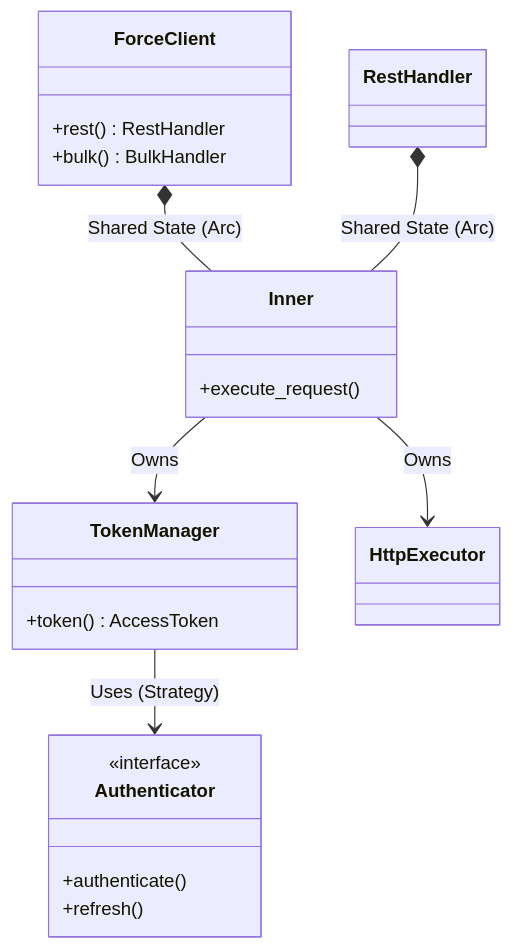
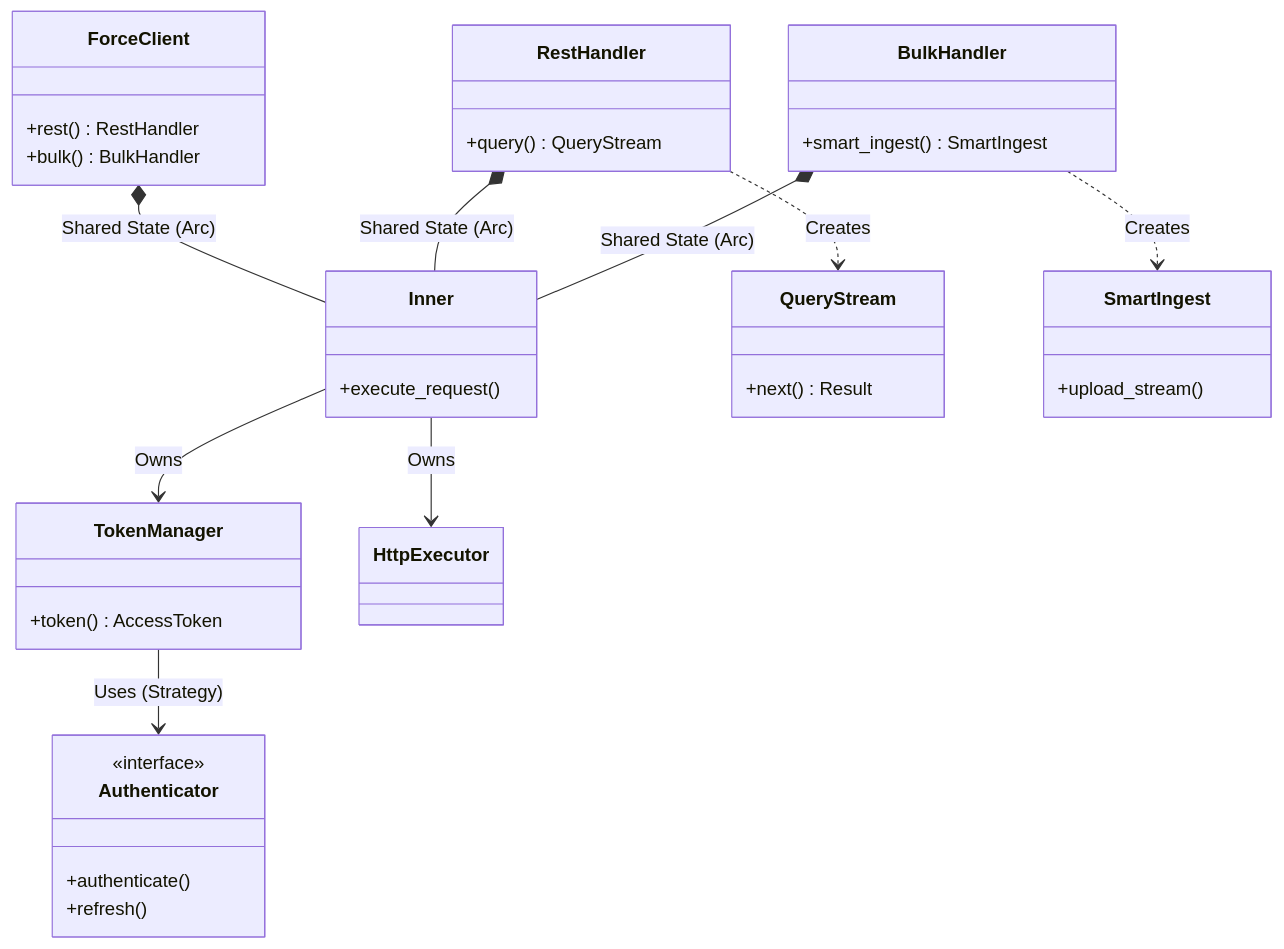
The third of 4 diagrams in docs/architecture.md (madmax983/force-rs), drawn with Mermaid before and after one commit. The commit also changed other lines of this file and 5 other files, not shown here.

````diff
--- a/docs/architecture.md
+++ b/docs/architecture.md
@@ -47,25 +47,39 @@
 ```mermaid
 classDiagram
   class ForceClient {
     +rest() RestHandler
     +bulk() BulkHandler
   }
   class Inner {
     +execute_request()
   }
   class TokenManager {
     +token() AccessToken
   }
   class Authenticator {
     <<interface>>
     +authenticate()
     +refresh()
   }
-  class RestHandler
+  class RestHandler {
+    +query() QueryStream
+  }
+  class BulkHandler {
+    +smart_ingest() SmartIngest
+  }
+  class QueryStream {
+    +next() Result<Record>
+  }
+  class SmartIngest {
+    +upload_stream()
+  }
 
   ForceClient *-- Inner : Shared State (Arc)
   RestHandler *-- Inner : Shared State (Arc)
+  BulkHandler *-- Inner : Shared State (Arc)
   Inner --> TokenManager : Owns
   Inner --> HttpExecutor : Owns
   TokenManager --> Authenticator : Uses (Strategy)
+  RestHandler ..> QueryStream : Creates
+  BulkHandler ..> SmartIngest : Creates
 ```
````
